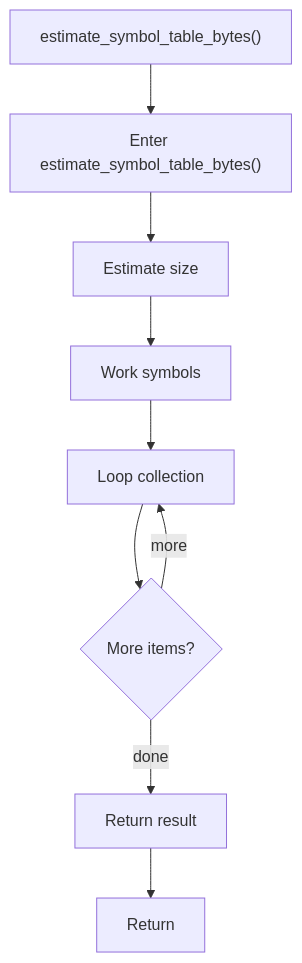
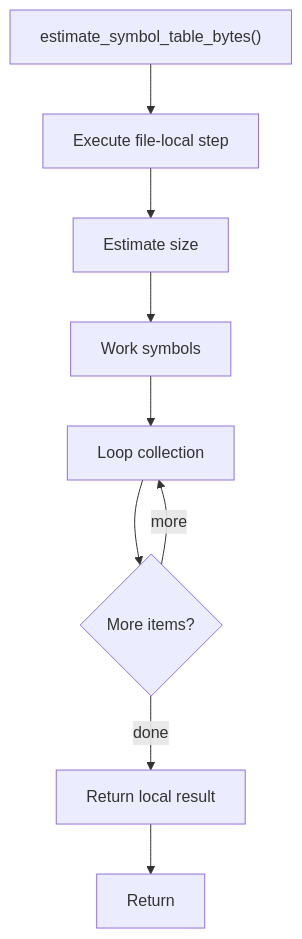
One commit to JohnAndrewBalbarosa/NeoTerritory changed the diagram in docs/Codebase/Microservice/Modules/Source/OutputGeneration/UnitTestGeneration/estimate_symbol_table_bytes.cpp.md. Above: the diagram before and after it, drawn with Mermaid. The commit also changed other lines of this file and 915 other files, not shown here.

````diff
--- a/docs/Codebase/Microservice/Modules/Source/OutputGeneration/UnitTestGeneration/estimate_symbol_table_bytes.cpp.md
+++ b/docs/Codebase/Microservice/Modules/Source/OutputGeneration/UnitTestGeneration/estimate_symbol_table_bytes.cpp.md
@@ -19,19 +19,19 @@
 ```mermaid
 flowchart TD
     Start["estimate_symbol_table_bytes()"]
-    N0["Enter estimate_symbol_table_bytes()"]
+    N0["Execute file-local step"]
     N1["Estimate size"]
     N2["Work symbols"]
     N3["Loop collection"]
     L3{"More items?"}
-    N4["Return result"]
+    N4["Return local result"]
     End["Return"]
     Start --> N0
     N0 --> N1
     N1 --> N2
     N2 --> N3
     N3 --> L3
     L3 -->|more| N3
     L3 -->|done| N4
     N4 --> End
 ```
````
